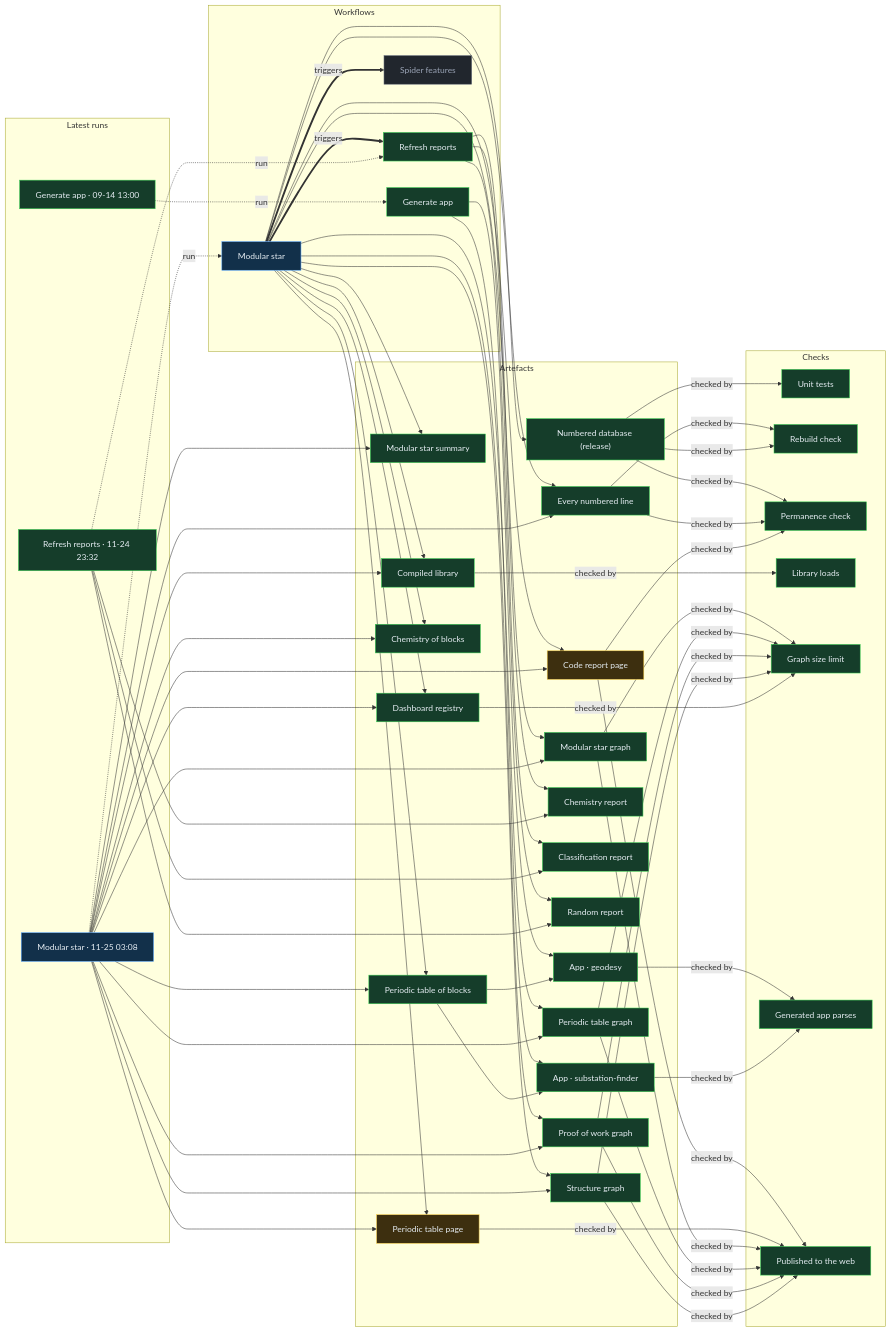
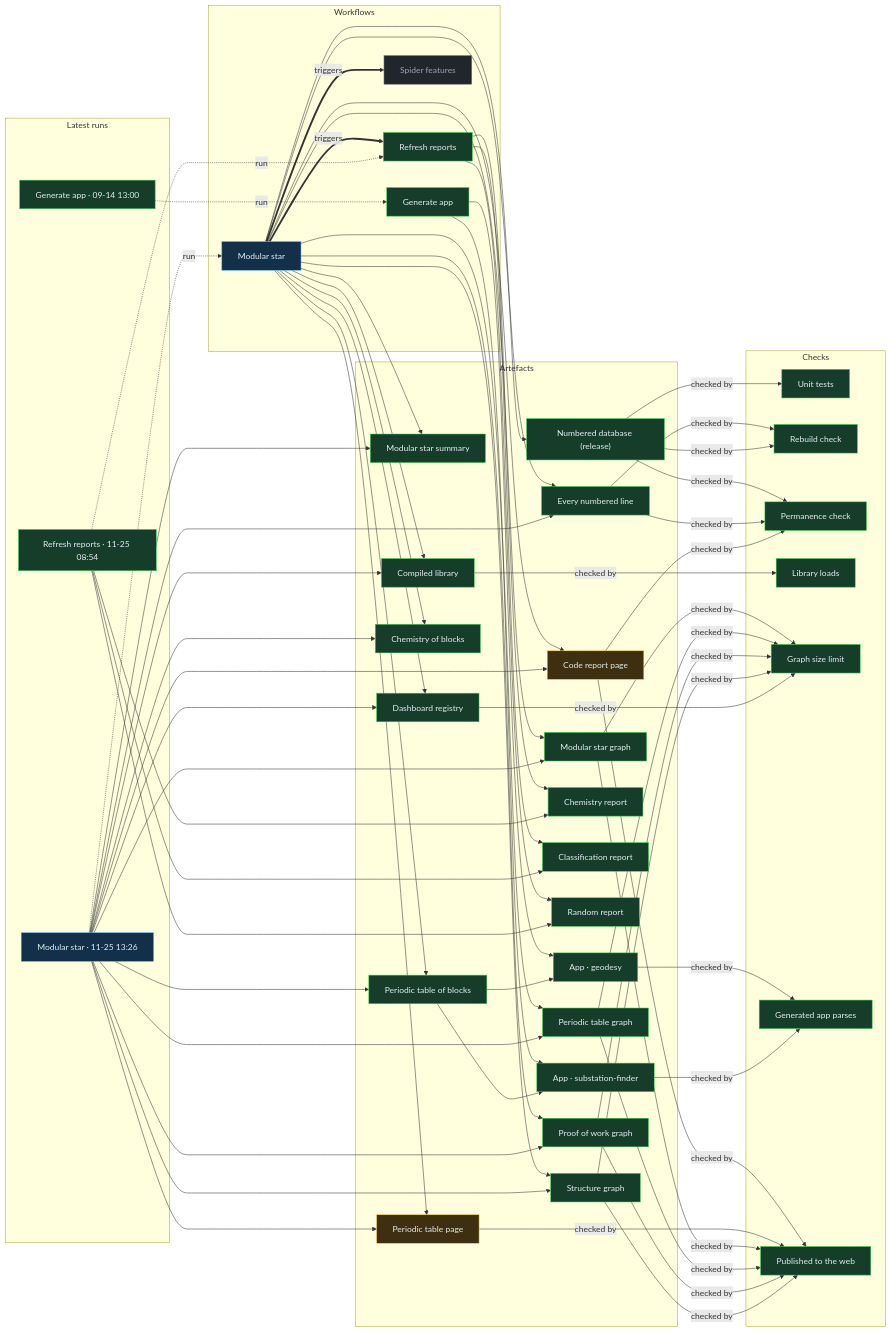
Before and after one commit to Ventusltd/stars: the diagram in proof/PROOF.md, drawn with Mermaid. The commit also changed other lines of this file and 42 other files, not shown here.

Commit message:
Modular star 2026-11-25T13:29Z

```diff
--- a/proof/PROOF.md
+++ b/proof/PROOF.md
@@ -24,8 +24,8 @@
   n_wf_spider_features["Spider features"]:::off
   end
   subgraph g_runs["Latest runs"]
-  n_run_45537899752["Modular star · 11-25 03:08"]:::live
-  n_run_45510875578["Refresh reports · 11-24 23:32"]:::ok
+  n_run_45623633535["Modular star · 11-25 13:26"]:::live
+  n_run_45580360174["Refresh reports · 11-25 08:54"]:::ok
   n_run_34846587798["Generate app · 09-14 13:00"]:::ok
   end
   subgraph g_artefacts["Artefacts"]
@@ -59,39 +59,39 @@
   end
   n_wf_modular_star == triggers ==> n_wf_refresh
   n_wf_modular_star == triggers ==> n_wf_spider_features
-  n_run_45537899752 -. run .-> n_wf_modular_star
-  n_run_45510875578 -. run .-> n_wf_refresh
+  n_run_45623633535 -. run .-> n_wf_modular_star
+  n_run_45580360174 -. run .-> n_wf_refresh
   n_run_34846587798 -. run .-> n_wf_generate
   n_wf_modular_star --> n_art_summary
-  n_run_45537899752 --> n_art_summary
+  n_run_45623633535 --> n_art_summary
   n_wf_modular_star --> n_art_lines
-  n_run_45537899752 --> n_art_lines
+  n_run_45623633535 --> n_art_lines
   n_wf_modular_star --> n_art_code
-  n_run_45537899752 --> n_art_code
+  n_run_45623633535 --> n_art_code
   n_wf_modular_star --> n_art_modular_graph
-  n_run_45537899752 --> n_art_modular_graph
+  n_run_45623633535 --> n_art_modular_graph
   n_wf_modular_star --> n_art_blocks
-  n_run_45537899752 --> n_art_blocks
+  n_run_45623633535 --> n_art_blocks
   n_wf_modular_star --> n_art_table
-  n_run_45537899752 --> n_art_table
+  n_run_45623633535 --> n_art_table
   n_wf_modular_star --> n_art_blocks_graph
-  n_run_45537899752 --> n_art_blocks_graph
+  n_run_45623633535 --> n_art_blocks_graph
   n_wf_modular_star --> n_art_reactions
-  n_run_45537899752 --> n_art_reactions
+  n_run_45623633535 --> n_art_reactions
   n_wf_modular_star --> n_art_library
-  n_run_45537899752 --> n_art_library
+  n_run_45623633535 --> n_art_library
   n_wf_modular_star --> n_art_features
-  n_run_45537899752 --> n_art_features
+  n_run_45623633535 --> n_art_features
   n_wf_modular_star --> n_art_proof
-  n_run_45537899752 --> n_art_proof
+  n_run_45623633535 --> n_art_proof
   n_wf_modular_star --> n_art_structure
-  n_run_45537899752 --> n_art_structure
+  n_run_45623633535 --> n_art_structure
   n_wf_refresh --> n_art_chemistry
-  n_run_45510875578 --> n_art_chemistry
+  n_run_45580360174 --> n_art_chemistry
   n_wf_refresh --> n_art_vedic
-  n_run_45510875578 --> n_art_vedic
+  n_run_45580360174 --> n_art_vedic
   n_wf_refresh --> n_art_random
-  n_run_45510875578 --> n_art_random
+  n_run_45580360174 --> n_art_random
   n_wf_modular_star --> n_art_release
   n_wf_generate --> n_app_geodesy
   n_art_blocks --> n_app_geodesy
```
